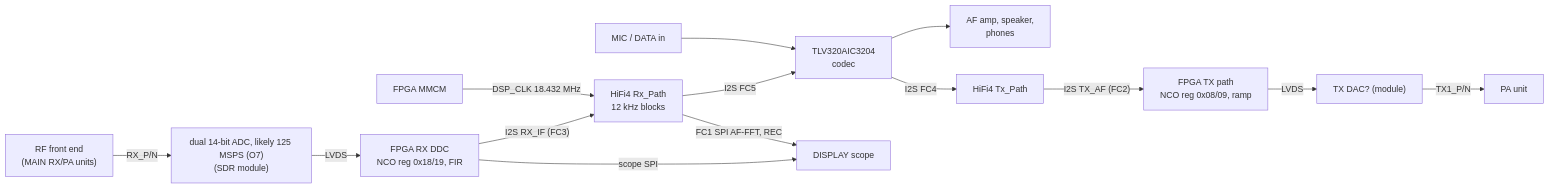
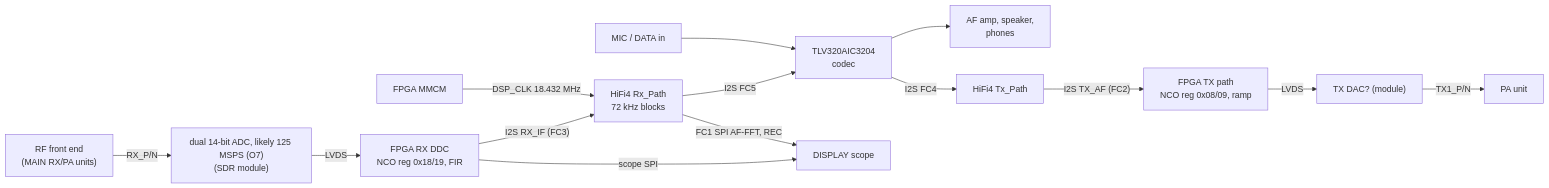
Before and after one commit to Reid-n0rc/FT-710_Firmware: the third of 14 diagrams in docs/code/system.md, drawn with Mermaid. The commit also changed other lines of this file and 4 other files, not shown here.

````diff
--- a/docs/code/system.md
+++ b/docs/code/system.md
@@ -114,16 +114,16 @@
 ```mermaid
 flowchart LR
   ANT["RF front end<br/>(MAIN RX/PA units)"] -->|"RX_P/N"| ADC["dual 14-bit ADC, likely 125 MSPS (O7)<br/>(SDR module)"]
   ADC -->|LVDS| DDC["FPGA RX DDC<br/>NCO reg 0x18/19, FIR"]
-  DDC -->|"I2S RX_IF (FC3)"| RXP["HiFi4 Rx_Path<br/>12 kHz blocks"]
+  DDC -->|"I2S RX_IF (FC3)"| RXP["HiFi4 Rx_Path<br/>72 kHz blocks"]
   RXP -->|"I2S FC5"| COD["TLV320AIC3204<br/>codec"]
   COD --> SPK["AF amp, speaker,<br/>phones"]
   MIC["MIC / DATA in"] --> COD
   COD -->|"I2S FC4"| TXP["HiFi4 Tx_Path"]
   TXP -->|"I2S TX_AF (FC2)"| TXF["FPGA TX path<br/>NCO reg 0x08/09, ramp"]
   TXF -->|LVDS| DAC["TX DAC? (module)"]
   DAC -->|"TX1_P/N"| PA["PA unit"]
   F2["FPGA MMCM"] -->|"DSP_CLK 18.432 MHz"| RXP
   DDC -->|"scope SPI"| DISP["DISPLAY scope"]
   RXP -->|"FC1 SPI AF-FFT, REC"| DISP
 ```
````
